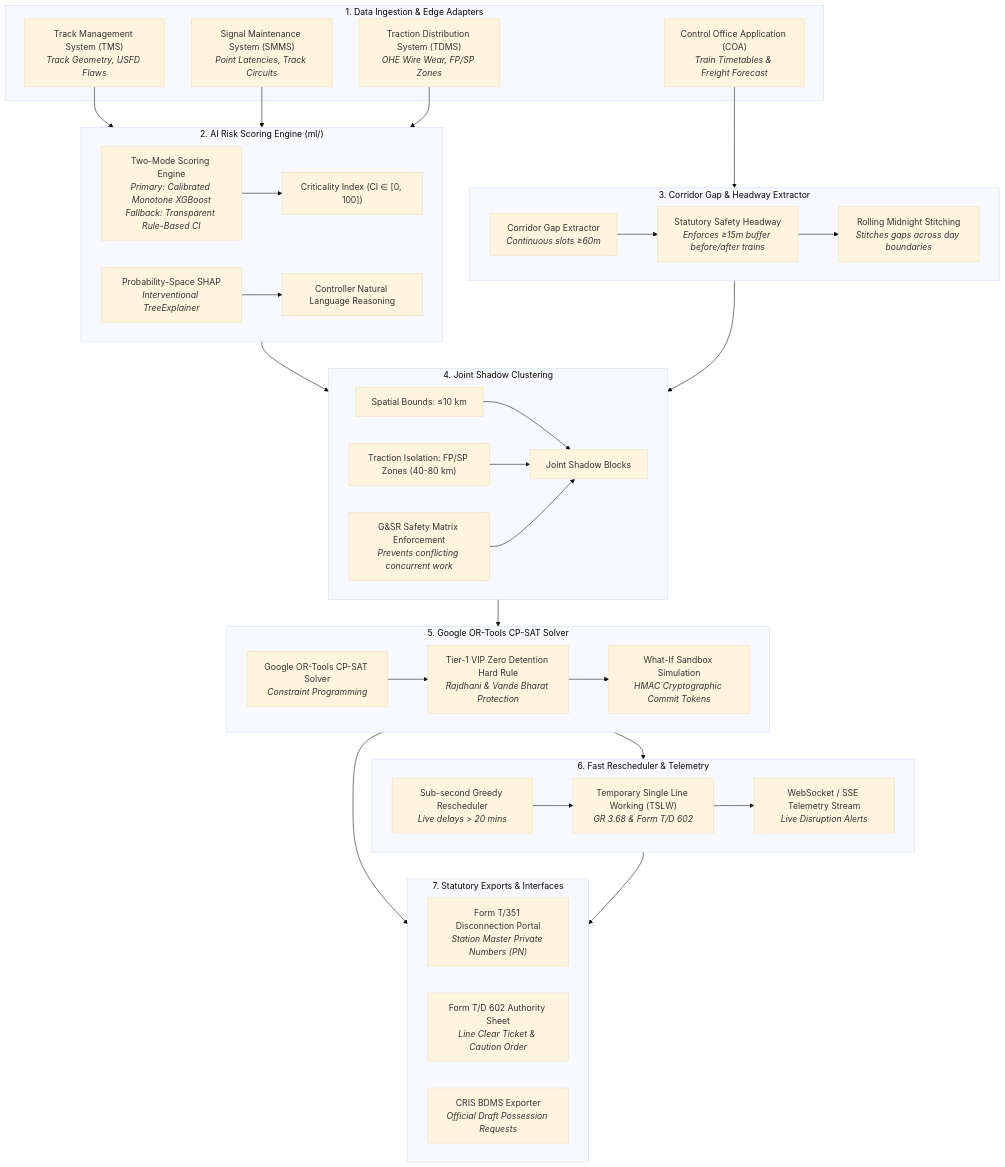
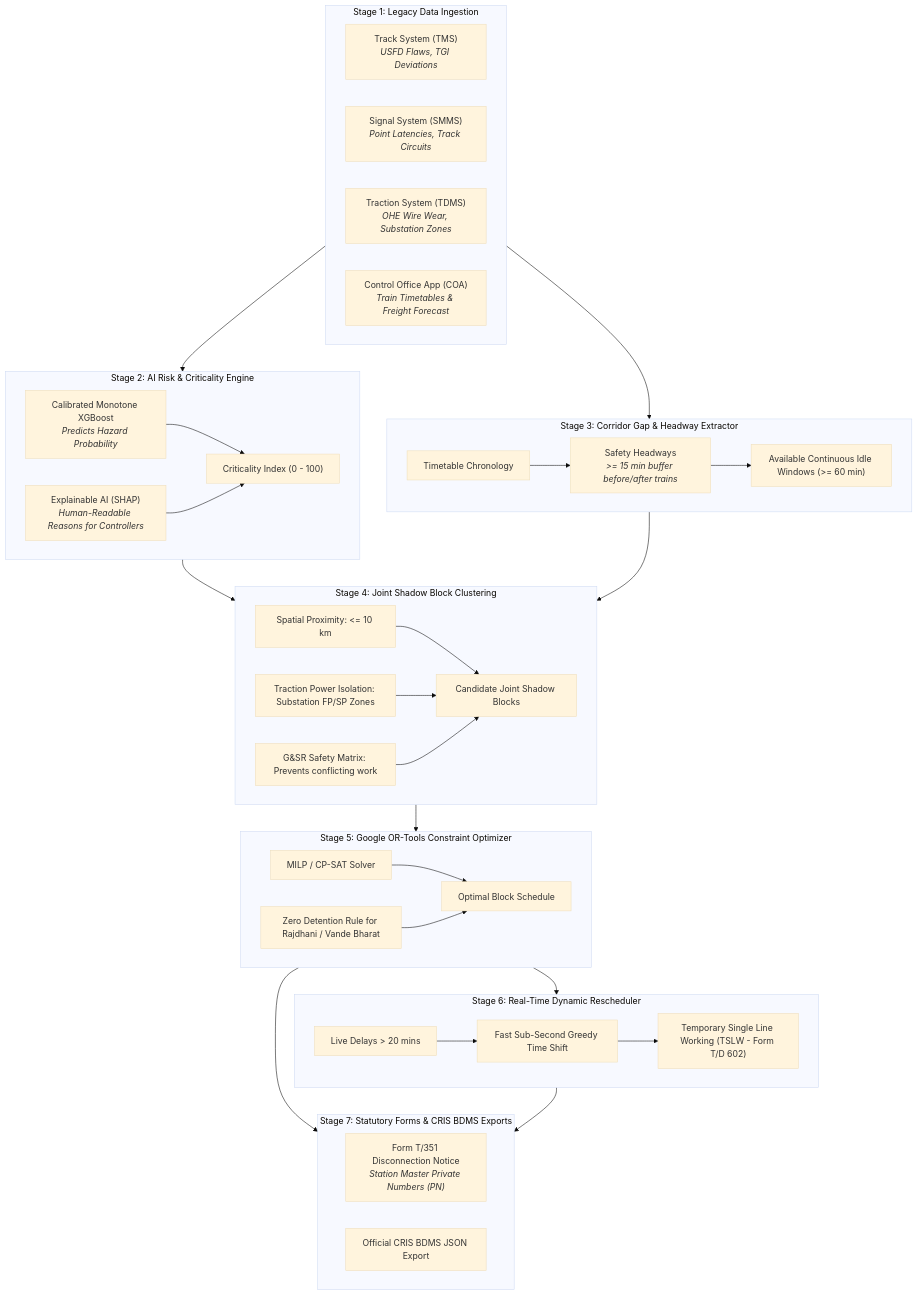
The diagram in README.md (Santo29SL/SIH26-RailBlock), drawn with Mermaid (base theme) before and after one commit. The commit also changed other lines of this file, not shown here.

````diff
--- a/README.md
+++ b/README.md
@@ -23,57 +70,57 @@
 ```mermaid
 flowchart TD
-    subgraph DATA_SOURCES ["1. Data Ingestion & Edge Adapters"]
-        TMS["Track Management System (TMS)<br/><i>Track Geometry, USFD Flaws</i>"]
-        SMMS["Signal Maintenance System (SMMS)<br/><i>Point Latencies, Track Circuits</i>"]
-        TDMS["Traction Distribution System (TDMS)<br/><i>OHE Wire Wear, FP/SP Zones</i>"]
-        COA["Control Office Application (COA)<br/><i>Train Timetables & Freight Forecast</i>"]
+    subgraph S1 ["Stage 1: Legacy Data Ingestion"]
+        TMS["Track System (TMS)<br/><i>USFD Flaws, TGI Deviations</i>"]
+        SMMS["Signal System (SMMS)<br/><i>Point Latencies, Track Circuits</i>"]
+        TDMS["Traction System (TDMS)<br/><i>OHE Wire Wear, Substation Zones</i>"]
+        COA["Control Office App (COA)<br/><i>Train Timetables & Freight Forecast</i>"]
     end
 
-    subgraph STAGE2 ["2. AI Risk Scoring Engine (ml/)"]
-        TWO_MODE["Two-Mode Scoring Engine<br/><i>Primary: Calibrated Monotone XGBoost<br/>Fallback: Transparent Rule-Based CI</i>"]
-        SHAP_ENGINE["Probability-Space SHAP<br/><i>Interventional TreeExplainer</i>"]
-        TWO_MODE --> CI["Criticality Index (CI ∈ [0, 100])"]
-        SHAP_ENGINE --> REASONING["Controller Natural Language Reasoning"]
+    subgraph S2 ["Stage 2: AI Risk & Criticality Engine"]
+        XGB["Calibrated Monotone XGBoost<br/><i>Predicts Hazard Probability</i>"]
+        SHAP["Explainable AI (SHAP)<br/><i>Human-Readable Reasons for Controllers</i>"]
+        CI["Criticality Index (0 - 100)"]
+        XGB --> CI
+        SHAP --> CI
     end
 
-    subgraph STAGE3 ["3. Corridor Gap & Headway Extractor"]
-        GAP["Corridor Gap Extractor<br/><i>Continuous slots ≥60m</i>"]
-        HEADWAY["Statutory Safety Headway<br/><i>Enforces ≥15m buffer before/after trains</i>"]
-        MIDNIGHT["Rolling Midnight Stitching<br/><i>Stitches gaps across day boundaries</i>"]
-        GAP --> HEADWAY --> MIDNIGHT
+    subgraph S3 ["Stage 3: Corridor Gap & Headway Extractor"]
+        TIMETABLE["Timetable Chronology"]
+        HEADWAY["Safety Headways<br/><i>>= 15 min buffer before/after trains</i>"]
+        GAPS["Available Continuous Idle Windows (>= 60 min)"]
+        TIMETABLE --> HEADWAY --> GAPS
     end
 
-    subgraph STAGE4 ["4. Joint Shadow Clustering"]
-        SPATIAL["Spatial Bounds: ≤10 km"]
-        ELECTRICAL["Traction Isolation: FP/SP Zones (40-80 km)"]
-        SAFETY_MATRIX["G&SR Safety Matrix Enforcement<br/><i>Prevents conflicting concurrent work</i>"]
-        SPATIAL & ELECTRICAL & SAFETY_MATRIX --> SHADOW_BLOCKS["Joint Shadow Blocks"]
+    subgraph S4 ["Stage 4: Joint Shadow Block Clustering"]
+        SPATIAL["Spatial Proximity: <= 10 km"]
+        POWER["Traction Power Isolation: Substation FP/SP Zones"]
+        GSR["G&SR Safety Matrix: Prevents conflicting work"]
+        SPATIAL & POWER & GSR --> CANDIDATES["Candidate Joint Shadow Blocks"]
     end
 
-    subgraph STAGE5 ["5. Google OR-Tools CP-SAT Solver"]
-        OR_TOOLS["Google OR-Tools CP-SAT Solver<br/><i>Constraint Programming</i>"]
-        HARD_CONSTRAINTS["Tier-1 VIP Zero Detention Hard Rule<br/><i>Rajdhani & Vande Bharat Protection</i>"]
-        SIMULATOR["What-If Sandbox Simulation<br/><i>HMAC Cryptographic Commit Tokens</i>"]
-        OR_TOOLS --> HARD_CONSTRAINTS --> SIMULATOR
+    subgraph S5 ["Stage 5: Google OR-Tools Constraint Optimizer"]
+        MILP["MILP / CP-SAT Solver"]
+        VIP["Zero Detention Rule for Rajdhani / Vande Bharat"]
+        SCHEDULE["Optimal Block Schedule"]
+        MILP & VIP --> SCHEDULE
     end
 
-    subgraph STAGE6 ["6. Fast Rescheduler & Telemetry"]
-        GREEDY["Sub-second Greedy Rescheduler<br/><i>Live delays > 20 mins</i>"]
-        SLW["Temporary Single Line Working (TSLW)<br/><i>GR 3.68 & Form T/D 602</i>"]
-        SSE["WebSocket / SSE Telemetry Stream<br/><i>Live Disruption Alerts</i>"]
-        GREEDY --> SLW --> SSE
+    subgraph S6 ["Stage 6: Real-Time Dynamic Rescheduler"]
+        TELEMETRY["Live Delays > 20 mins"]
+        HEURISTIC["Fast Sub-Second Greedy Time Shift"]
+        SLW["Temporary Single Line Working (TSLW - Form T/D 602)"]
+        TELEMETRY --> HEURISTIC --> SLW
     end
 
-    subgraph STAGE7 ["7. Statutory Exports & Interfaces"]
-        T351["Form T/351 Disconnection Portal<br/><i>Station Master Private Numbers (PN)</i>"]
-        TD602["Form T/D 602 Authority Sheet<br/><i>Line Clear Ticket & Caution Order</i>"]
-        BDMS["CRIS BDMS Exporter<br/><i>Official Draft Possession Requests</i>"]
+    subgraph S7 ["Stage 7: Statutory Forms & CRIS BDMS Exports"]
+        T351["Form T/351 Disconnection Notice<br/><i>Station Master Private Numbers (PN)</i>"]
+        BDMS["Official CRIS BDMS JSON Export"]
     end
 
-    TMS & SMMS & TDMS --> STAGE2
-    COA --> STAGE3
-    STAGE2 & STAGE3 --> STAGE4
-    STAGE4 --> STAGE5
-    STAGE5 --> STAGE6
-    STAGE5 & STAGE6 --> STAGE7
+    S1 --> S2
+    S1 --> S3
+    S2 & S3 --> S4
+    S4 --> S5
+    S5 --> S6
+    S5 & S6 --> S7
 ```
````
